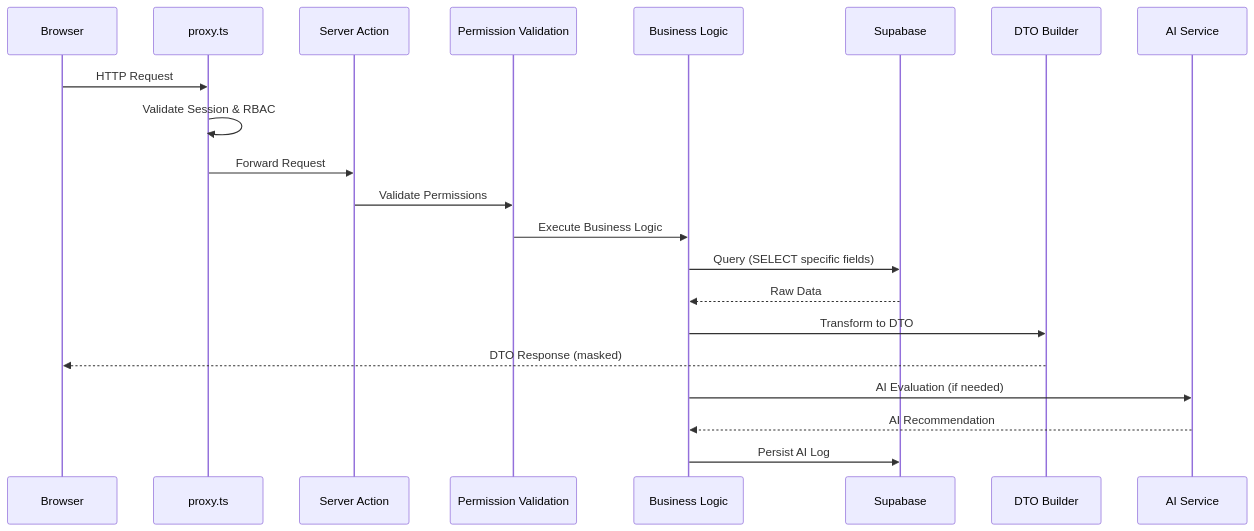
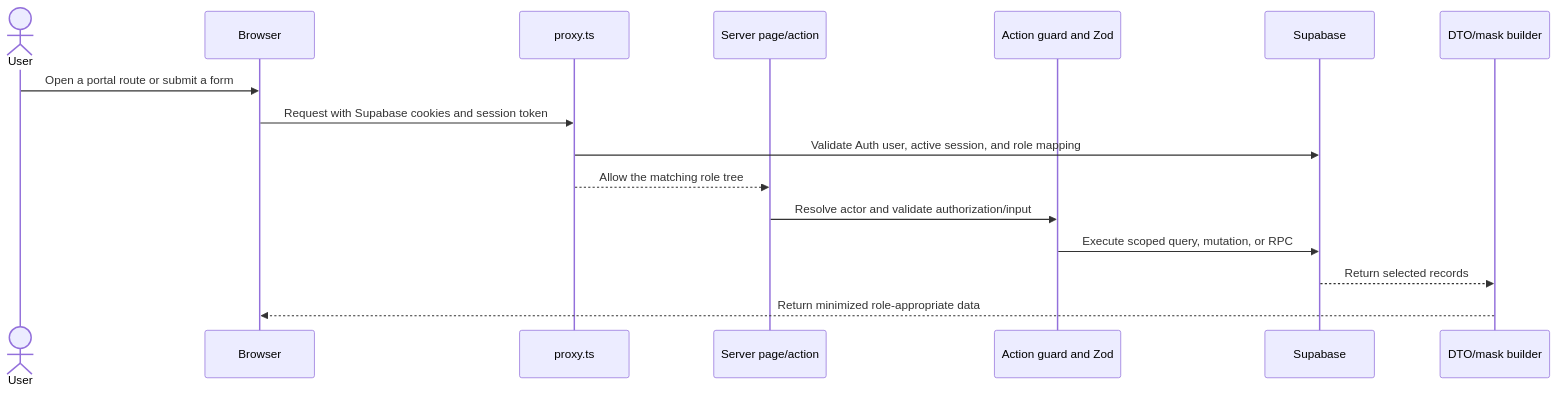
Before and after one commit to Tokise/Zentraq-backend: the third of 13 diagrams in docs/SOFTWARE_ARCHITECTURE_DOCUMENT.md, drawn with Mermaid. The commit also changed other lines of this file and 4 other files, not shown here.

````diff
--- a/docs/SOFTWARE_ARCHITECTURE_DOCUMENT.md
+++ b/docs/SOFTWARE_ARCHITECTURE_DOCUMENT.md
@@ -98,24 +189,19 @@
 ```mermaid
 sequenceDiagram
-    participant B as Browser
-    participant P as proxy.ts
-    participant SA as Server Action
-    participant PV as Permission Validation
-    participant BL as Business Logic
+    actor User
+    participant Browser
+    participant Proxy as proxy.ts
+    participant Page as Server page/action
+    participant Guard as Action guard and Zod
     participant DB as Supabase
-    participant DTO as DTO Builder
-    participant AI as AI Service
+    participant DTO as DTO/mask builder
 
-    B->>P: HTTP Request
-    P->>P: Validate Session & RBAC
-    P->>SA: Forward Request
-    SA->>PV: Validate Permissions
-    PV->>BL: Execute Business Logic
-    BL->>DB: Query (SELECT specific fields)
-    DB-->>BL: Raw Data
-    BL->>DTO: Transform to DTO
-    DTO-->>B: DTO Response (masked)
-    BL->>AI: AI Evaluation (if needed)
-    AI-->>BL: AI Recommendation
-    BL->>DB: Persist AI Log
+    User->>Browser: Open a portal route or submit a form
+    Browser->>Proxy: Request with Supabase cookies and session token
+    Proxy->>DB: Validate Auth user, active session, and role mapping
+    Proxy-->>Page: Allow the matching role tree
+    Page->>Guard: Resolve actor and validate authorization/input
+    Guard->>DB: Execute scoped query, mutation, or RPC
+    DB-->>DTO: Return selected records
+    DTO-->>Browser: Return minimized role-appropriate data
 ```
````
